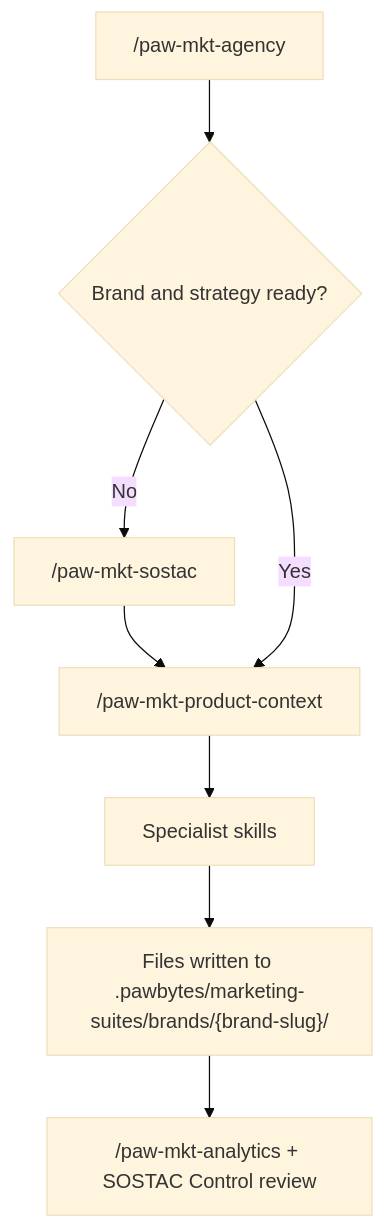
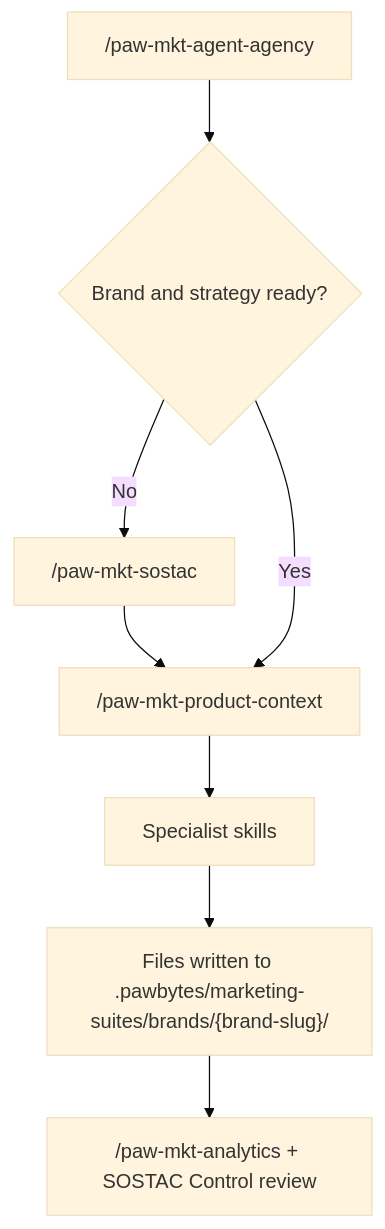
One commit to pawbytes/skill-suites changed the diagram in docs/marketing/reference/skill-workflow-roadmap.md. Above: the diagram before and after it, drawn with Mermaid (base theme). The commit also changed other lines of this file and 73 other files, not shown here.

````diff
--- a/docs/marketing/reference/skill-workflow-roadmap.md
+++ b/docs/marketing/reference/skill-workflow-roadmap.md
@@ -18,10 +18,10 @@
 ```mermaid
 flowchart TD
-    A["/paw-mkt-agency"] --> B{Brand and strategy ready?}
+    A["/paw-mkt-agent-agency"] --> B{Brand and strategy ready?}
     B -- No --> C["/paw-mkt-sostac"]
     C --> D["/paw-mkt-product-context"]
     B -- Yes --> D
     D --> E[Specialist skills]
     E --> F["Files written to .pawbytes/marketing-suites/brands/{brand-slug}/"]
     F --> G["/paw-mkt-analytics + SOSTAC Control review"]
 ```
````
